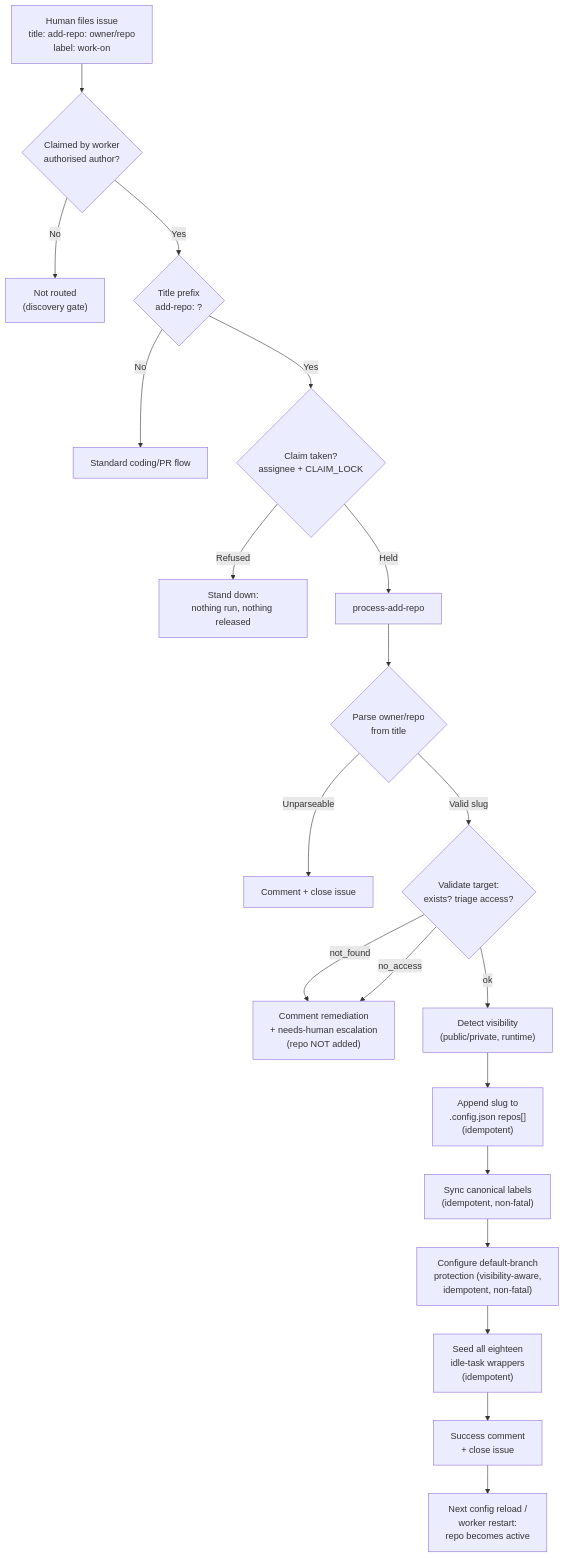
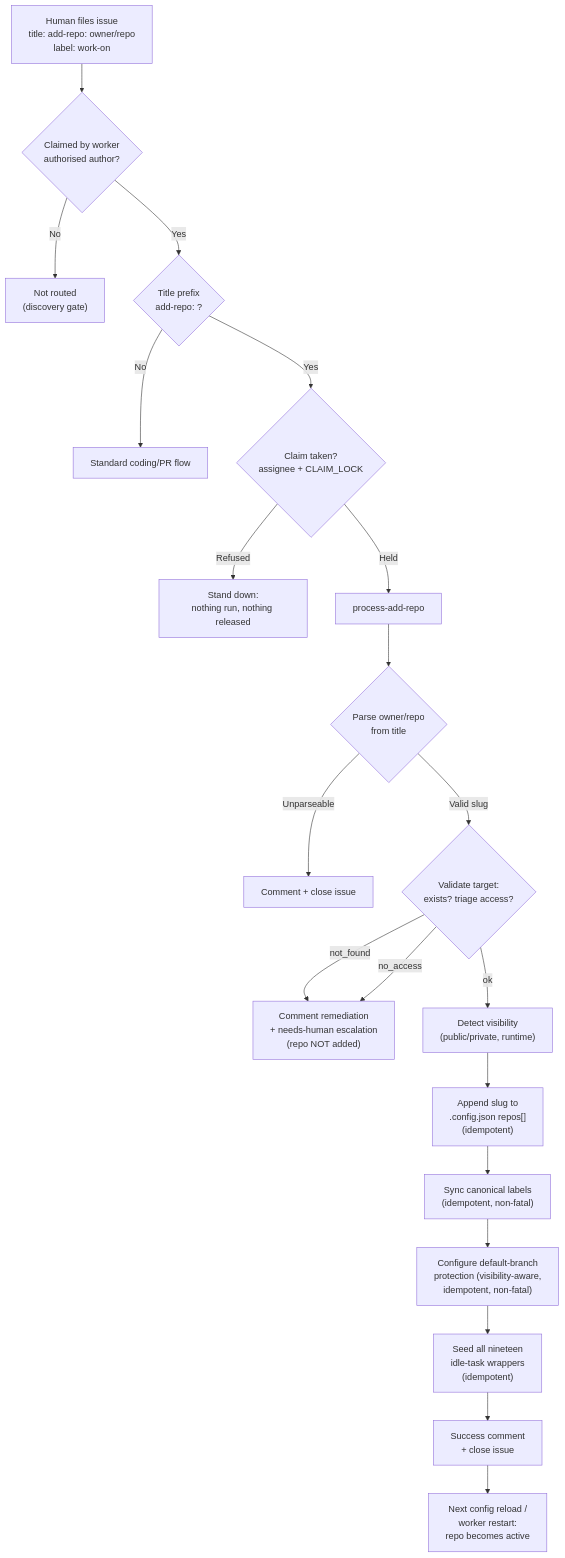
Before and after one commit to stSoftwareAU/VibeCoder: the diagram in docs/ADD-REPO.md, drawn with Mermaid. The commit also changed other lines of this file and 12 other files, not shown here.

````diff
--- a/docs/ADD-REPO.md
+++ b/docs/ADD-REPO.md
@@ -150,22 +150,22 @@
 ```mermaid
 flowchart TD
     A["Human files issue<br/>title: add-repo: owner/repo<br/>label: work-on"] --> B{Claimed by worker<br/>authorised author?}
     B -- No --> Z["Not routed<br/>(discovery gate)"]
     B -- Yes --> C{Title prefix<br/>add-repo: ?}
     C -- No --> Y["Standard coding/PR flow"]
     C -- Yes --> C2{Claim taken?<br/>assignee + CLAIM_LOCK}
     C2 -- Refused --> C3["Stand down:<br/>nothing run, nothing released"]
     C2 -- Held --> D["process-add-repo"]
     D --> E{Parse owner/repo<br/>from title}
     E -- Unparseable --> E1["Comment + close issue"]
     E -- Valid slug --> F{Validate target:<br/>exists? triage access?}
     F -- not_found --> F1["Comment remediation<br/>+ needs-human escalation<br/>(repo NOT added)"]
     F -- no_access --> F1
     F -- ok --> G["Detect visibility<br/>(public/private, runtime)"]
     G --> H["Append slug to<br/>.config.json repos[]<br/>(idempotent)"]
     H --> S["Sync canonical labels<br/>(idempotent, non-fatal)"]
     S --> P["Configure default-branch<br/>protection (visibility-aware,<br/>idempotent, non-fatal)"]
-    P --> I["Seed all eighteen<br/>idle-task wrappers<br/>(idempotent)"]
+    P --> I["Seed all nineteen<br/>idle-task wrappers<br/>(idempotent)"]
     I --> J["Success comment<br/>+ close issue"]
     J --> K["Next config reload /<br/>worker restart:<br/>repo becomes active"]
 ```
````
